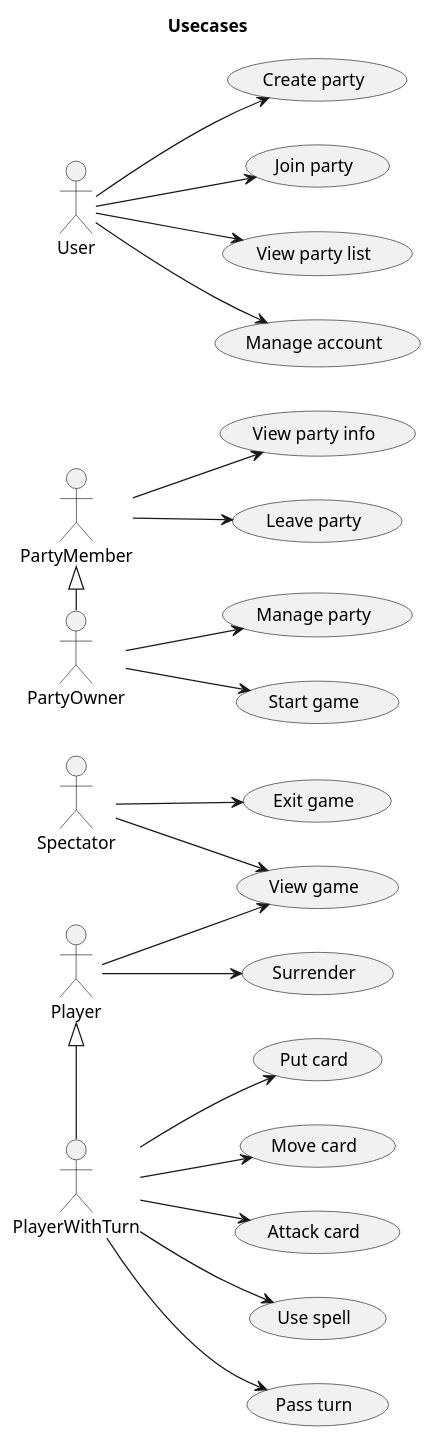
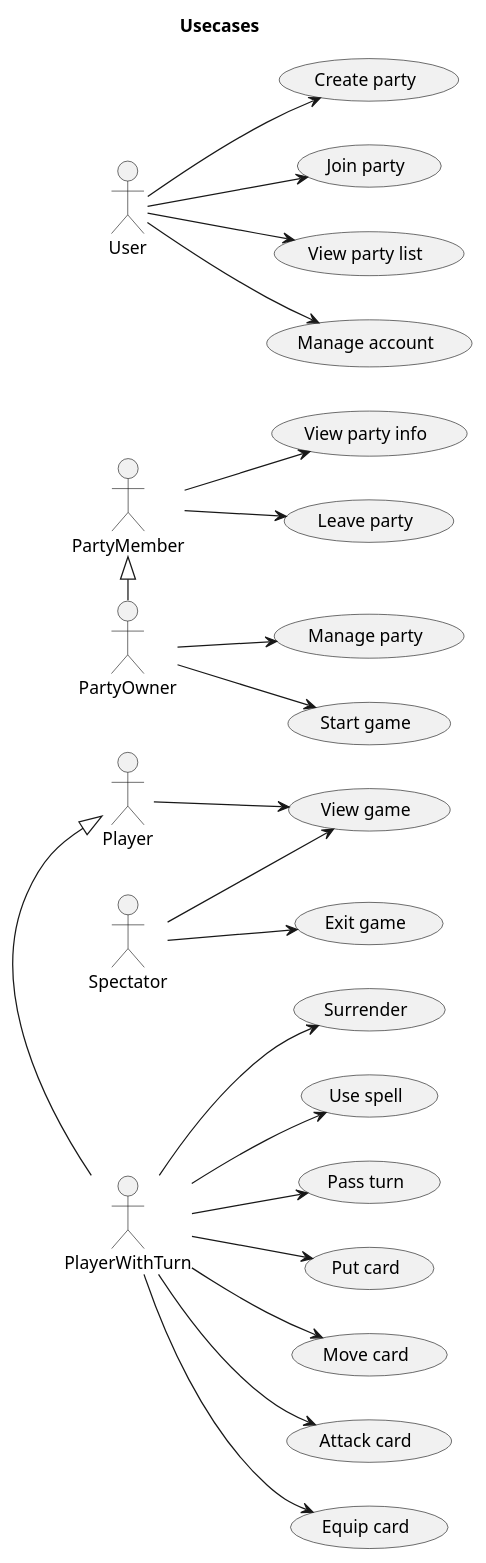
One commit to DainWs/Crazy-Random-Multiverse changed the diagram in docs/development/diagrams/usecases.plantuml. Above: the diagram before and after it, drawn with PlantUML. The commit also changed 7 other files, not shown here.

Commit message:
update the diagrams and frontend actions to the current rules

```diff
--- a/docs/development/diagrams/usecases.plantuml
+++ b/docs/development/diagrams/usecases.plantuml
@@ -1,37 +1,38 @@
 @startuml 
 title "Usecases"
 left to right direction
 
 actor Spectator
 actor PlayerWithTurn
 actor Player 
 actor PartyOwner
 actor PartyMember
 actor User
 
 :Player: <|-r- :PlayerWithTurn:
 :PartyMember: <|-r- :PartyOwner:
 
 :User: --> (Create party)
 :User: --> (Join party)
 :User: --> (View party list)
 :User: --> (Manage account)
 
 :PartyMember: --> (View party info)
 :PartyMember: --> (Leave party)
 
 :PartyOwner: --> (Manage party)
 :PartyOwner: --> (Start game)
 
 :Spectator: --> (Exit game)
 :Spectator: --> (View game)
 
-:Player: --> (Surrender)
 :Player: --> (View game)
 
 :PlayerWithTurn: --> (Put card)
 :PlayerWithTurn: --> (Move card)
 :PlayerWithTurn: --> (Attack card)
+:PlayerWithTurn: --> (Equip card)
+:PlayerWithTurn: --> (Surrender)
 :PlayerWithTurn: --> (Use spell)
 :PlayerWithTurn: --> (Pass turn)
 @enduml 
```
